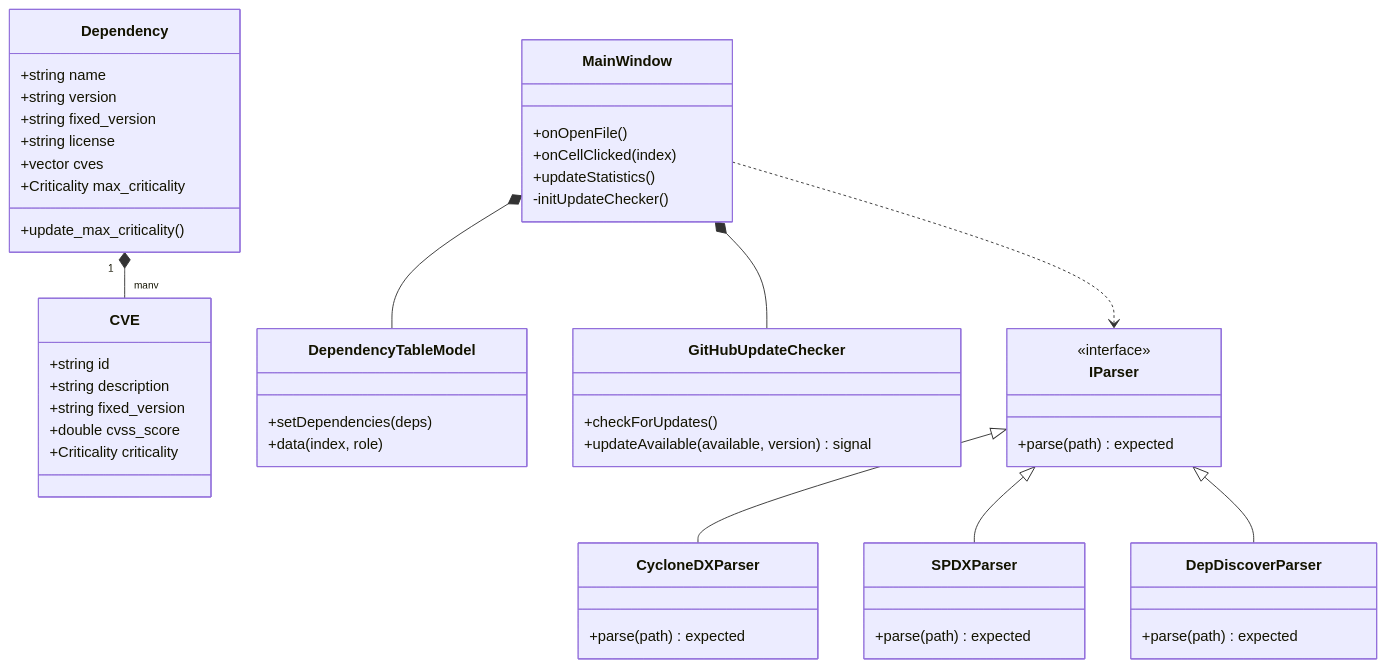
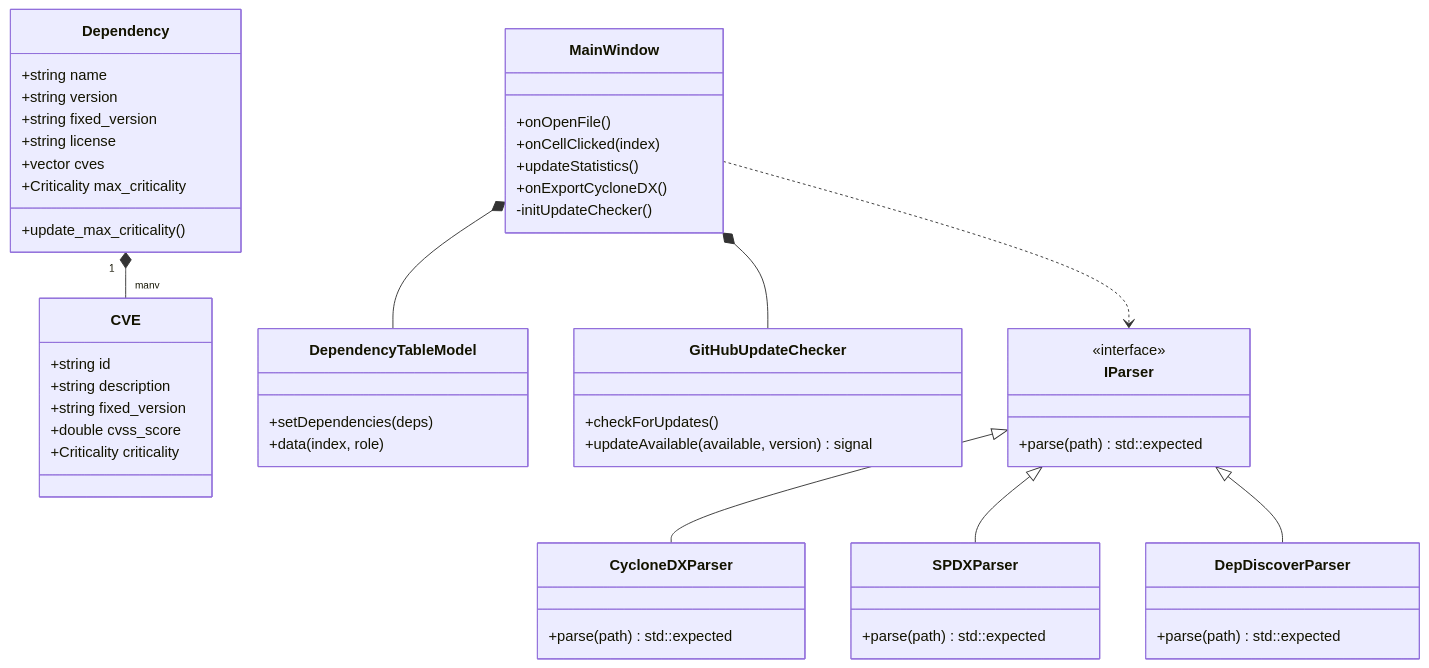
The first of 14 diagrams in docs/architecture/architecture.md (Zheng-Bote/qt_depdiscover_ui), drawn with Mermaid before and after one commit. The commit also changed other lines of this file and 14 other files, not shown here.

````diff
--- a/docs/architecture/architecture.md
+++ b/docs/architecture/architecture.md
@@ -37,57 +64,58 @@
 ```mermaid
 classDiagram
     class IParser {
         <<interface>>
-        +parse(path) expected
+        +parse(path) std::expected
     }
     class CycloneDXParser {
-        +parse(path) expected
+        +parse(path) std::expected
     }
     class SPDXParser {
-        +parse(path) expected
+        +parse(path) std::expected
     }
     class DepDiscoverParser {
-        +parse(path) expected
+        +parse(path) std::expected
     }
     IParser <|-- CycloneDXParser
     IParser <|-- SPDXParser
     IParser <|-- DepDiscoverParser
 
     class Dependency {
         +string name
         +string version
         +string fixed_version
         +string license
         +vector<CVE> cves
         +Criticality max_criticality
         +update_max_criticality()
     }
     class CVE {
         +string id
         +string description
         +string fixed_version
         +double cvss_score
         +Criticality criticality
     }
     Dependency "1" *-- "many" CVE
 
     class MainWindow {
         +onOpenFile()
         +onCellClicked(index)
         +updateStatistics()
+        +onExportCycloneDX()
         -initUpdateChecker()
     }
     class DependencyTableModel {
         +setDependencies(deps)
         +data(index, role)
     }
-    
+
     class GitHubUpdateChecker {
         +checkForUpdates()
         +updateAvailable(available, version) signal
     }
 
     MainWindow *-- DependencyTableModel
     MainWindow *-- GitHubUpdateChecker
     MainWindow ..> IParser
 ```
````
